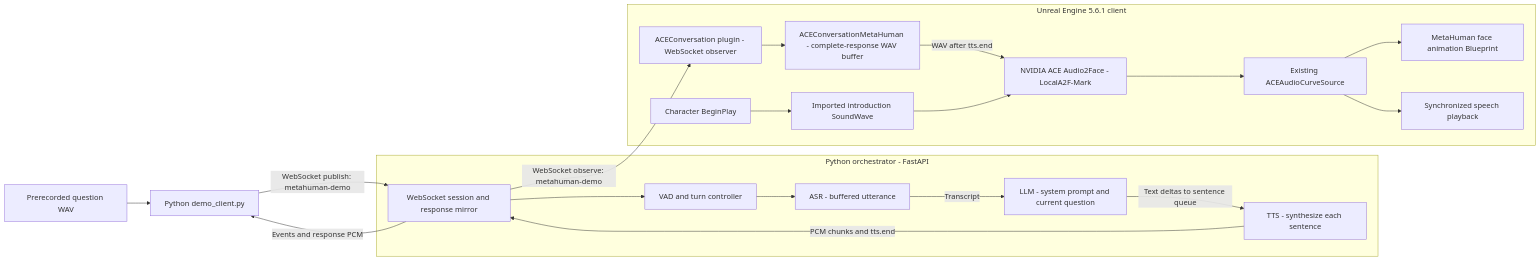
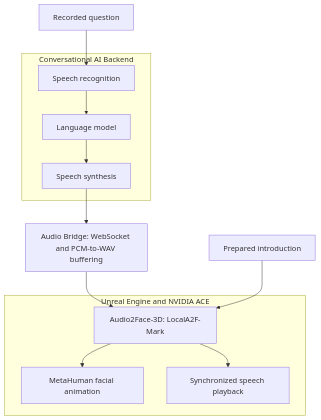
The diagram in README.md (Yufei1230/conversational-ai-avatar), drawn with Mermaid before and after one commit. The commit also changed other lines of this file and 10 other files, not shown here.

````diff
--- a/README.md
+++ b/README.md
@@ -28,35 +20,15 @@
 ```mermaid
-flowchart LR
-    Q[Prerecorded question WAV] --> C[Python demo_client.py]
-    C -->|WebSocket publish: metahuman-demo| WS
-
-    subgraph Backend[Python orchestrator - FastAPI]
-        WS[WebSocket session and response mirror]
-        TURN[VAD and turn controller]
-        WS --> TURN
-        TURN --> ASR[ASR - buffered utterance]
-        ASR -->|Transcript| LLM[LLM - system prompt and current question]
-        LLM -->|Text deltas to sentence queue| TTS[TTS - synthesize each sentence]
-        TTS -->|PCM chunks and tts.end| WS
+flowchart TB
+    INPUT["Recorded question"] --> ASR
+    subgraph BACKEND["Conversational AI Backend"]
+        ASR["Speech recognition"] --> LLM["Language model"] --> TTS["Speech synthesis"]
     end
-
-    subgraph Unreal[Unreal Engine 5.6.1 client]
-        BRIDGE[ACEConversation plugin - WebSocket observer]
-        BUFFER[ACEConversationMetaHuman - complete-response WAV buffer]
-        A2F[NVIDIA ACE Audio2Face - LocalA2F-Mark]
-        SOURCE[Existing ACEAudioCurveSource]
-        FACE[MetaHuman face animation Blueprint]
-        AUDIO[Synchronized speech playback]
-        START[Character BeginPlay]
-        INTRO[Imported introduction SoundWave]
-        BRIDGE --> BUFFER
-        BUFFER -->|WAV after tts.end| A2F
-        START --> INTRO --> A2F
-        A2F --> SOURCE
-        SOURCE --> FACE
-        SOURCE --> AUDIO
+    TTS --> BRIDGE["Audio Bridge: WebSocket and PCM-to-WAV buffering"]
+    subgraph ENGINE["Unreal Engine and NVIDIA ACE"]
+        A2F["Audio2Face-3D: LocalA2F-Mark"]
+        A2F --> FACE["MetaHuman facial animation"]
+        A2F --> VOICE["Synchronized speech playback"]
     end
-
-    WS -->|WebSocket observe: metahuman-demo| BRIDGE
-    WS -->|Events and response PCM| C
+    BRIDGE --> A2F
+    INTRO["Prepared introduction"] --> A2F
 ```
````
